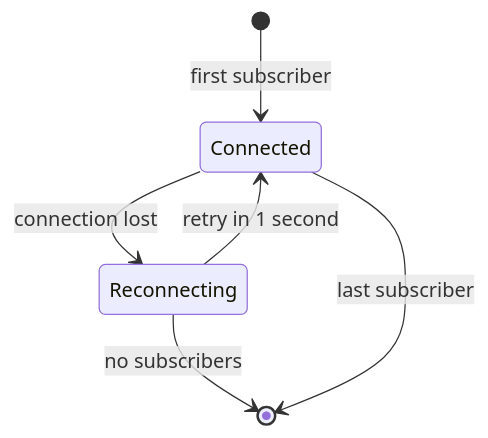
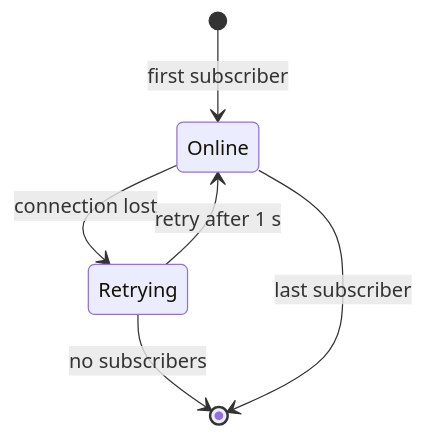
Before and after one commit to ErickCReis/ErickCReis: the second of 2 diagrams in web/content/blog/realtime-cursor-presence-with-tiny-pieces.mdx, drawn with Mermaid. The commit also changed other lines of this file and 23 other files, not shown here.

Commit message:
Polish Mermaid diagrams across blog posts

````diff
--- a/web/content/blog/realtime-cursor-presence-with-tiny-pieces.mdx
+++ b/web/content/blog/realtime-cursor-presence-with-tiny-pieces.mdx
@@ -77,8 +77,9 @@
 ```mermaid center
 stateDiagram-v2
-  [*] --> Connected: first subscriber
-  Connected --> Reconnecting: connection lost
-  Reconnecting --> Connected: retry in 1 second
-  Reconnecting --> [*]: no subscribers
-  Connected --> [*]: last subscriber
+  direction TB
+  [*] --> Online: first subscriber
+  Online --> Retrying: connection lost
+  Retrying --> Online: retry after 1 s
+  Retrying --> [*]: no subscribers
+  Online --> [*]: last subscriber
 ```
````
